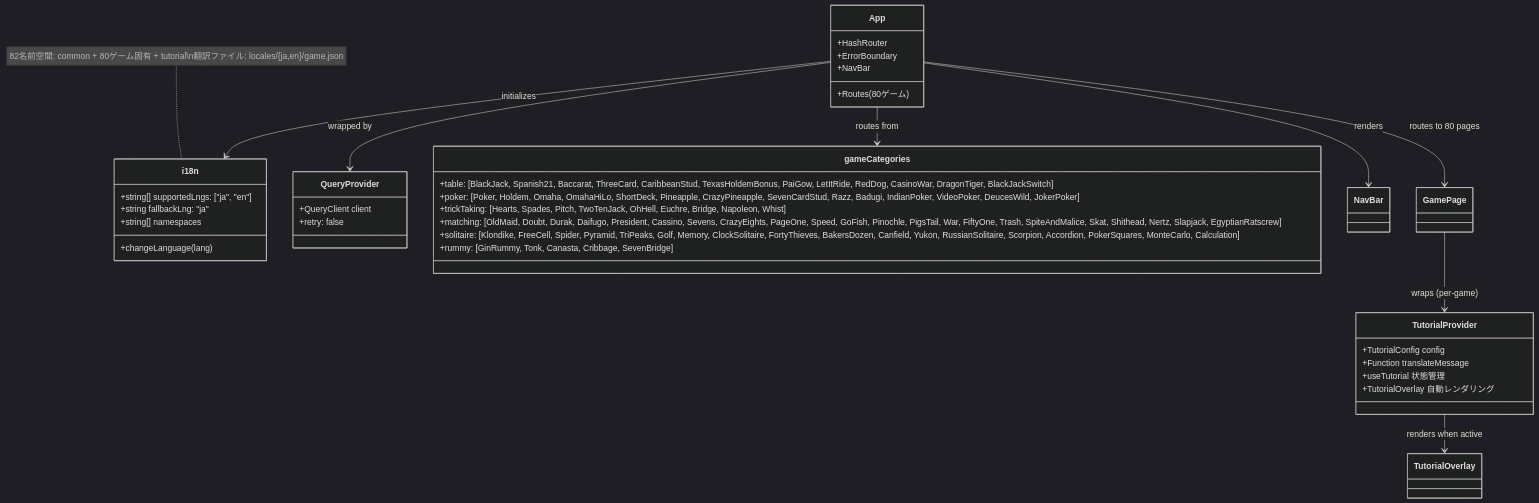
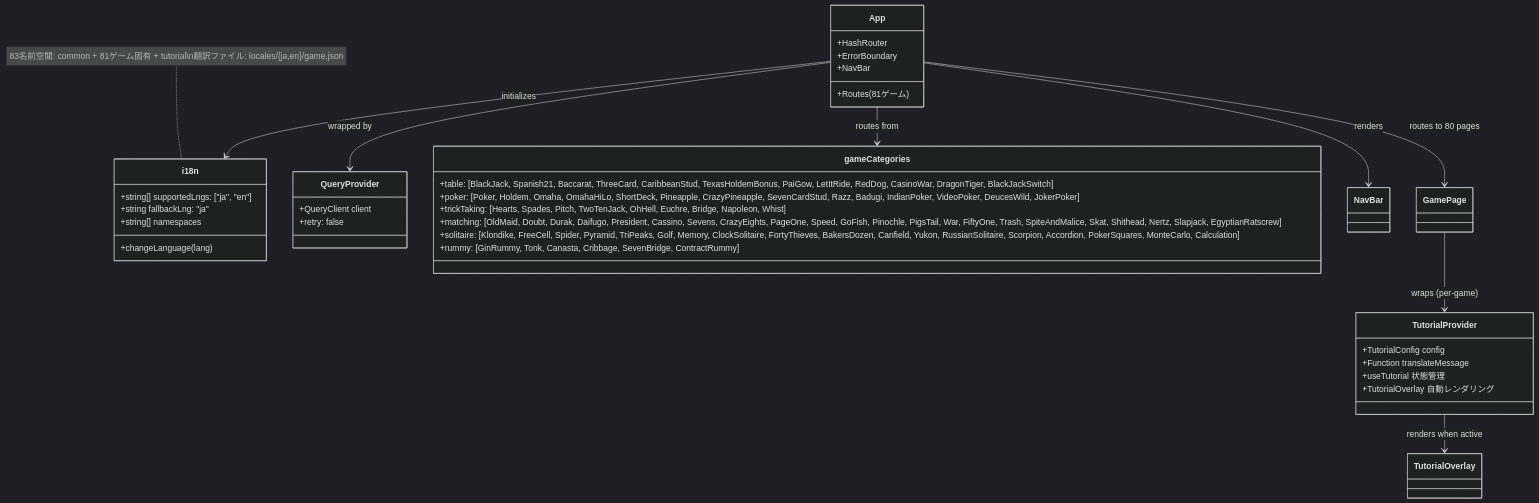
The ninth of 40 diagrams in docs/design/frontend.md (yuta-yoshinaga/go_trumpcards), drawn with Mermaid (dark theme) before and after one commit. The commit also changed other lines of this file and 52 other files, not shown here.

````diff
--- a/docs/design/frontend.md
+++ b/docs/design/frontend.md
@@ -1882,47 +1882,47 @@
 ```mermaid
 classDiagram
     class i18n {
         +string[] supportedLngs: ["ja", "en"]
         +string fallbackLng: "ja"
         +string[] namespaces
         +changeLanguage(lang)
     }
 
     class QueryProvider {
         +QueryClient client
         +retry: false
     }
 
     class App {
         +HashRouter
         +ErrorBoundary
         +NavBar
-        +Routes (80ゲーム)
+        +Routes (81ゲーム)
     }
 
     class gameCategories {
         +table: [BlackJack, Spanish21, Baccarat, ThreeCard, CaribbeanStud, TexasHoldemBonus, PaiGow, LetItRide, RedDog, CasinoWar, DragonTiger, BlackJackSwitch]
         +poker: [Poker, Holdem, Omaha, OmahaHiLo, ShortDeck, Pineapple, CrazyPineapple, SevenCardStud, Razz, Badugi, IndianPoker, VideoPoker, DeucesWild, JokerPoker]
         +trickTaking: [Hearts, Spades, Pitch, TwoTenJack, OhHell, Euchre, Bridge, Napoleon, Whist]
         +matching: [OldMaid, Doubt, Durak, Daifugo, President, Cassino, Sevens, CrazyEights, PageOne, Speed, GoFish, Pinochle, PigsTail, War, FiftyOne, Trash, SpiteAndMalice, Skat, Shithead, Nertz, Slapjack, EgyptianRatscrew]
         +solitaire: [Klondike, FreeCell, Spider, Pyramid, TriPeaks, Golf, Memory, ClockSolitaire, FortyThieves, BakersDozen, Canfield, Yukon, RussianSolitaire, Scorpion, Accordion, PokerSquares, MonteCarlo, Calculation]
-        +rummy: [GinRummy, Tonk, Canasta, Cribbage, SevenBridge]
+        +rummy: [GinRummy, Tonk, Canasta, Cribbage, SevenBridge, ContractRummy]
     }
 
     class TutorialProvider {
         +TutorialConfig config
         +Function translateMessage
         +useTutorial 状態管理
         +TutorialOverlay 自動レンダリング
     }
 
     App --> QueryProvider : wrapped by
     App --> i18n : initializes
     App --> gameCategories : routes from
     App --> NavBar : renders
     App --> GamePage : routes to 80 pages
     GamePage --> TutorialProvider : wraps (per-game)
     TutorialProvider --> TutorialOverlay : renders when active
 
-    note for i18n "82名前空間: common + 80ゲーム固有 + tutorial\n翻訳ファイル: locales/{ja,en}/game.json"
+    note for i18n "83名前空間: common + 81ゲーム固有 + tutorial\n翻訳ファイル: locales/{ja,en}/game.json"
 ```
````
